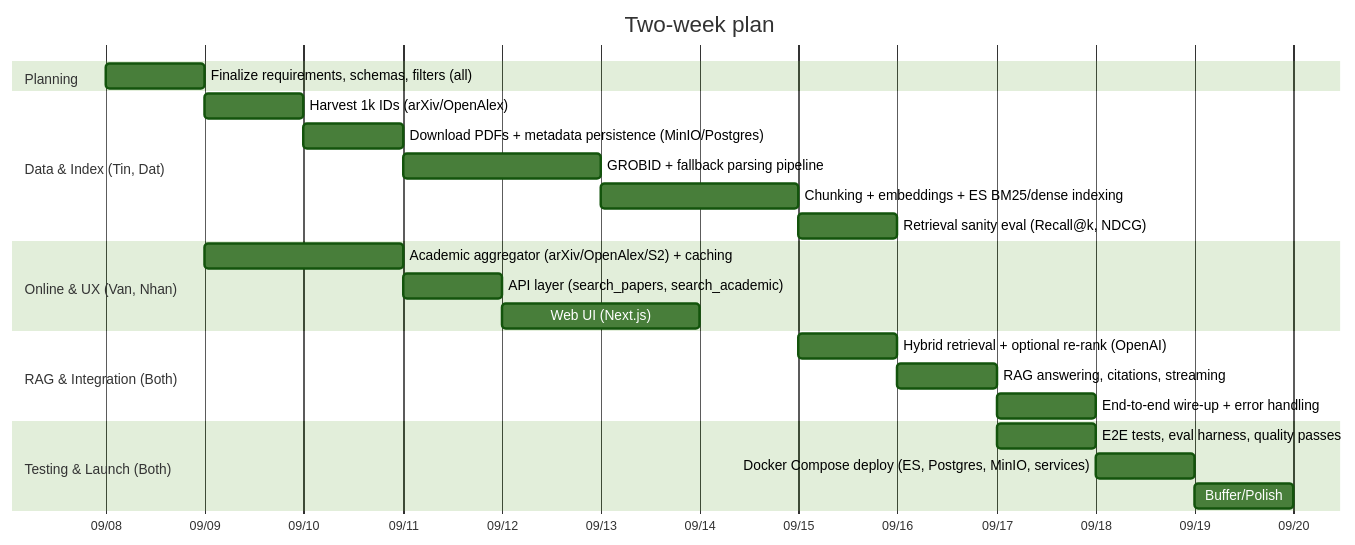
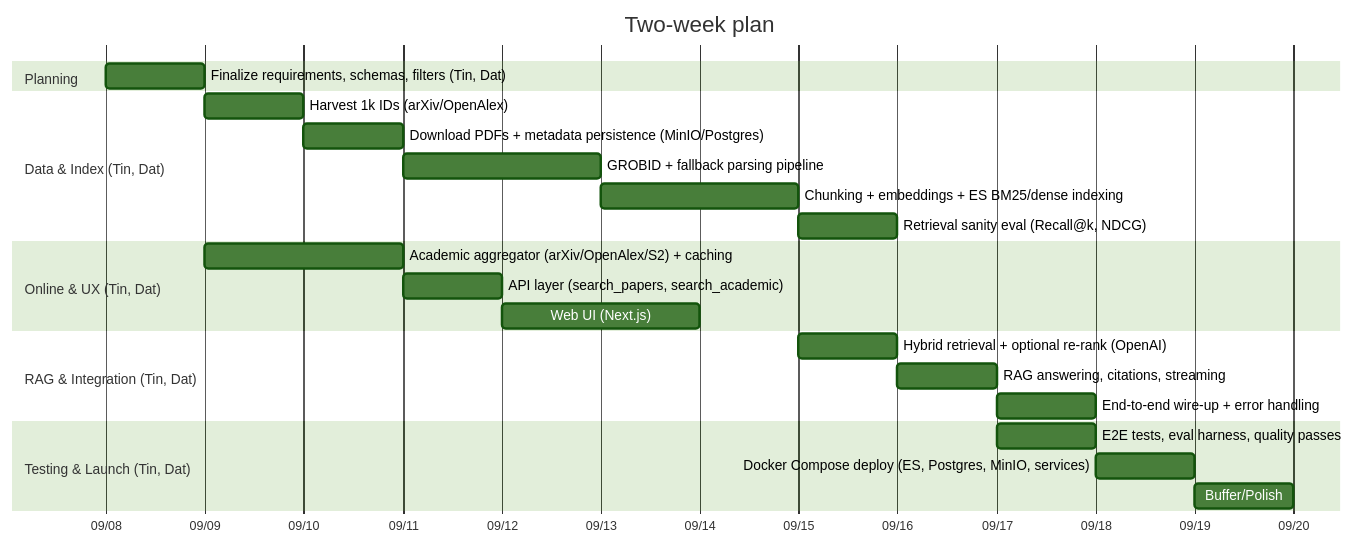
Before and after one commit to DatTruonggg/paper-search-engine: the diagram in docs/gantt/README.md, drawn with Mermaid (forest theme). The commit also changed other lines of this file and 1 other file, not shown here.

````diff
--- a/docs/gantt/README.md
+++ b/docs/gantt/README.md
@@ -5,26 +5,26 @@
 ```mermaid
 gantt
   title Two-week plan
   dateFormat  YYYY-MM-DD
   axisFormat  %m/%d
   section Planning
-  Finalize requirements, schemas, filters (all)            :p1, 2025-09-08, 1d
+  Finalize requirements, schemas, filters (Tin, Dat)       :p1, 2025-09-08, 1d
   section Data & Index (Tin, Dat)
   Harvest 1k IDs (arXiv/OpenAlex)                          :d1, 2025-09-09, 1d
   Download PDFs + metadata persistence (MinIO/Postgres)     :d2, 2025-09-10, 1d
   GROBID + fallback parsing pipeline                        :d3, 2025-09-11, 2d
   Chunking + embeddings + ES BM25/dense indexing            :d4, 2025-09-13, 2d
   Retrieval sanity eval (Recall@k, NDCG)                    :d5, 2025-09-15, 0.5d
-  section Online & UX (Van, Nhan)
+  section Online & UX (Tin, Dat)
   Academic aggregator (arXiv/OpenAlex/S2) + caching         :o1, 2025-09-09, 2d
   API layer (search_papers, search_academic)                :o2, 2025-09-11, 1d
   Web UI (Next.js): Find Papers + Ask Question              :o3, 2025-09-12, 2d
-  section RAG & Integration (Both)
+  section RAG & Integration (Tin, Dat)
   Hybrid retrieval + optional re-rank (OpenAI)              :r1, 2025-09-15, 1d
   RAG answering, citations, streaming                       :r2, 2025-09-16, 1d
   End-to-end wire-up + error handling                       :r3, 2025-09-17, 0.5d
-  section Testing & Launch (Both)
+  section Testing & Launch (Tin, Dat)
   E2E tests, eval harness, quality passes                   :t1, 2025-09-17, 1d
   Docker Compose deploy (ES, Postgres, MinIO, services)     :t2, 2025-09-18, 0.5d
   Buffer/Polish                                             :t3, 2025-09-19, 0.5d
 ```
````
